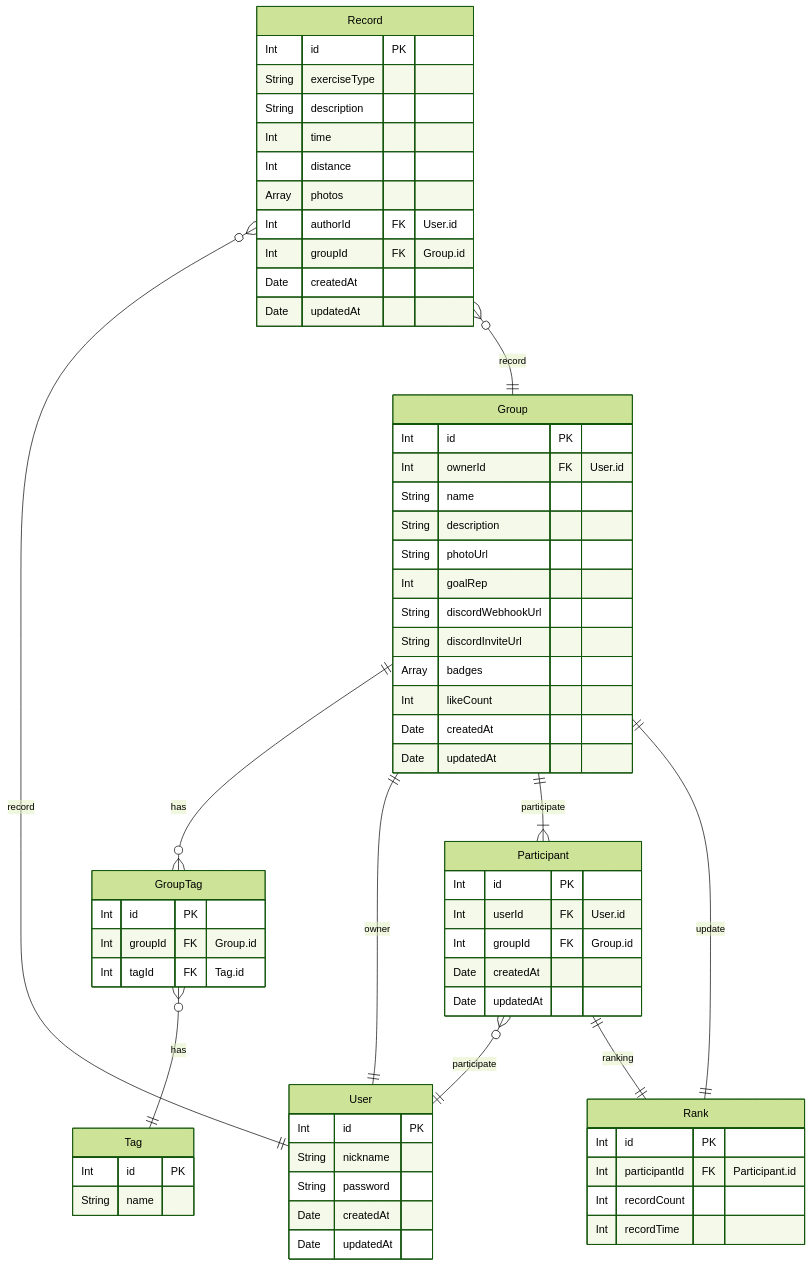
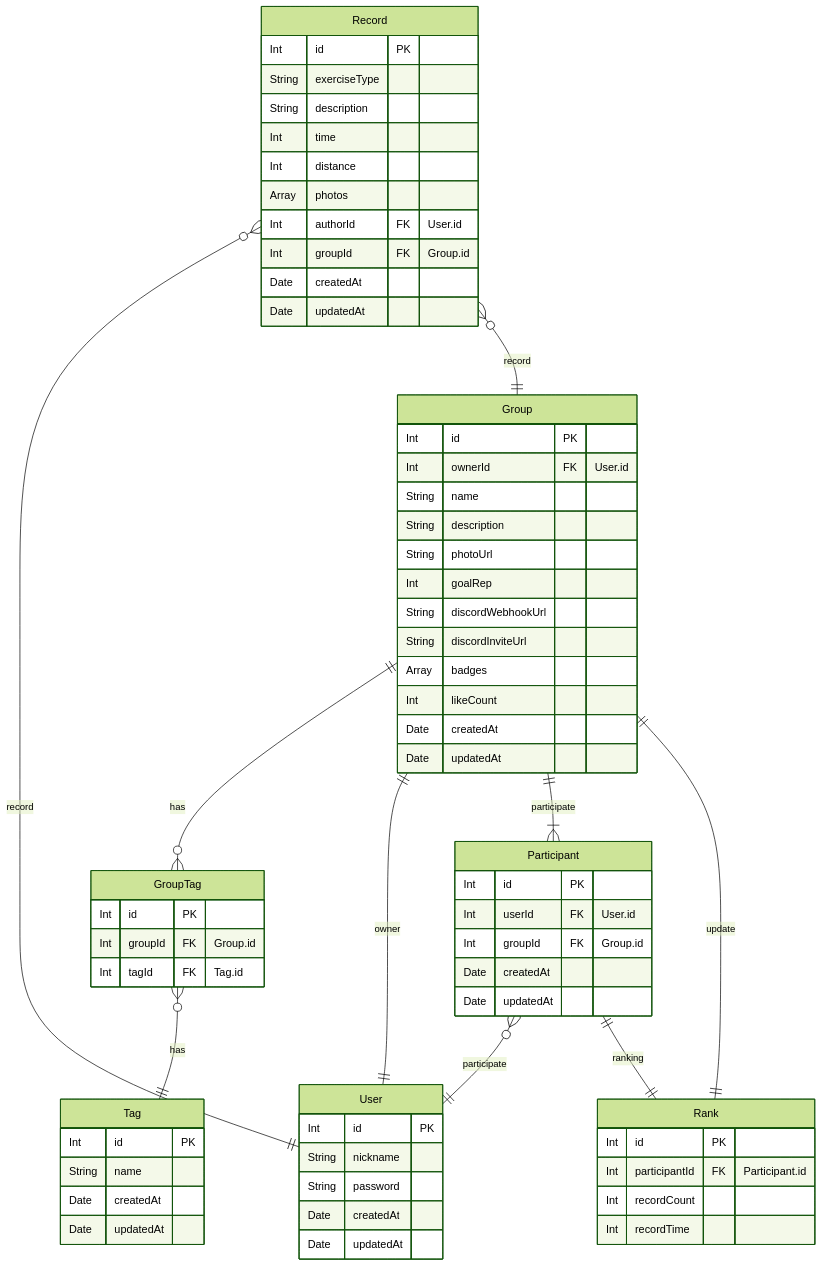
One commit to nb02-seven-team3/nb02-seven-team3-02 changed the diagram in README.md. Above: the diagram before and after it, drawn with Mermaid (forest theme).

````diff
--- a/README.md
+++ b/README.md
@@ -27,68 +27,71 @@
 ```mermaid
 erDiagram
     Group ||--o{ GroupTag: has
     GroupTag }o--|| Tag : has
     Group ||--|| User : owner
     Group ||--|{ Participant : participate
     Participant }o--|| User : participate
     Rank ||--|| Group : update
     Record }o--|| User : record
     Record }o--|| Group : record
     Participant ||--|| Rank : ranking
 
     Tag {
         Int     id              PK
         String  name
+        Date    createdAt
+        Date    updatedAt
     }
     Group { 
         Int     id              PK
         Int     ownerId         FK "User.id"
         String  name
         String  description
         String  photoUrl
         Int     goalRep
         String  discordWebhookUrl
         String  discordInviteUrl
         Array   badges
         Int     likeCount
         Date    createdAt
         Date    updatedAt
     }
     GroupTag {
         Int     id              PK
         Int     groupId         FK "Group.id"
         Int     tagId           FK "Tag.id"
+        
     }
     User {
         Int     id              PK
         String  nickname
         String  password
         Date    createdAt
         Date    updatedAt
     }
     Participant {
         Int     id              PK
         Int     userId          FK "User.id"
         Int     groupId         FK "Group.id"
         Date    createdAt
         Date    updatedAt
     }
     Record {
         Int     id              PK
         String  exerciseType
         String  description
         Int     time
         Int     distance
         Array   photos
         Int     authorId        FK "User.id"
         Int     groupId         FK "Group.id"
         Date    createdAt
         Date    updatedAt
     }
     Rank {
         Int     id              PK
         Int     participantId   FK "Participant.id"
         Int     recordCount
         Int     recordTime
     }
 ```
````
